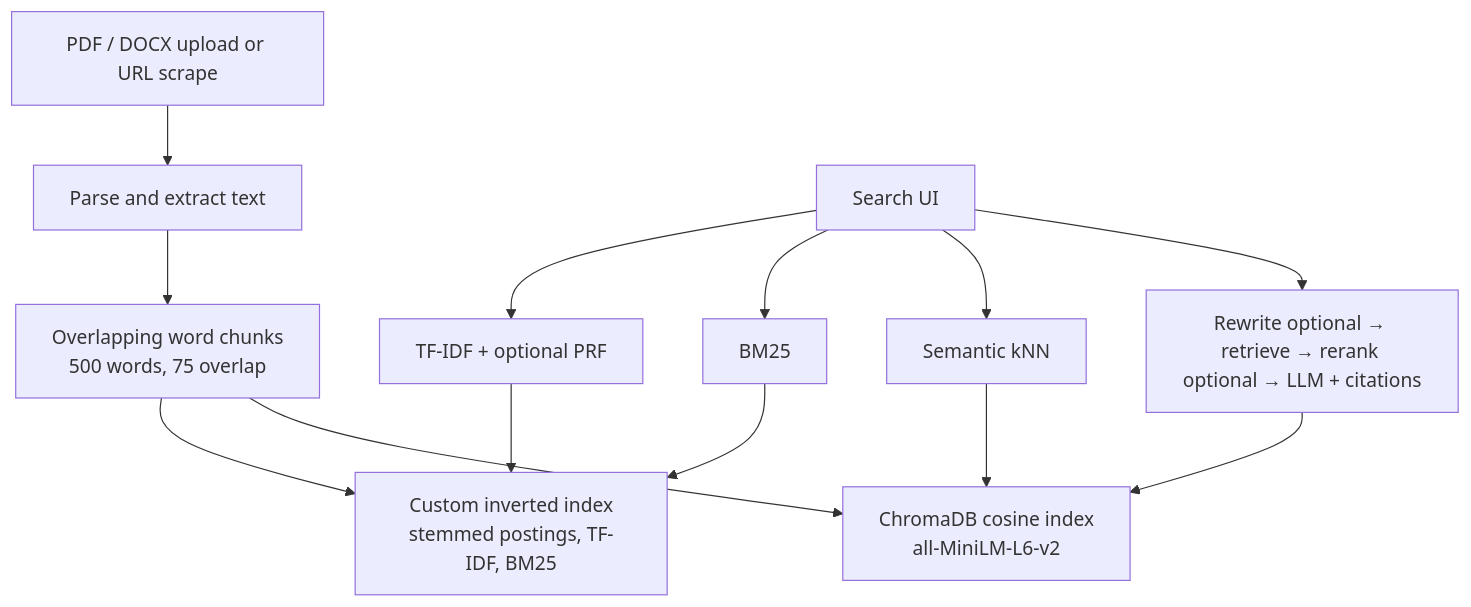
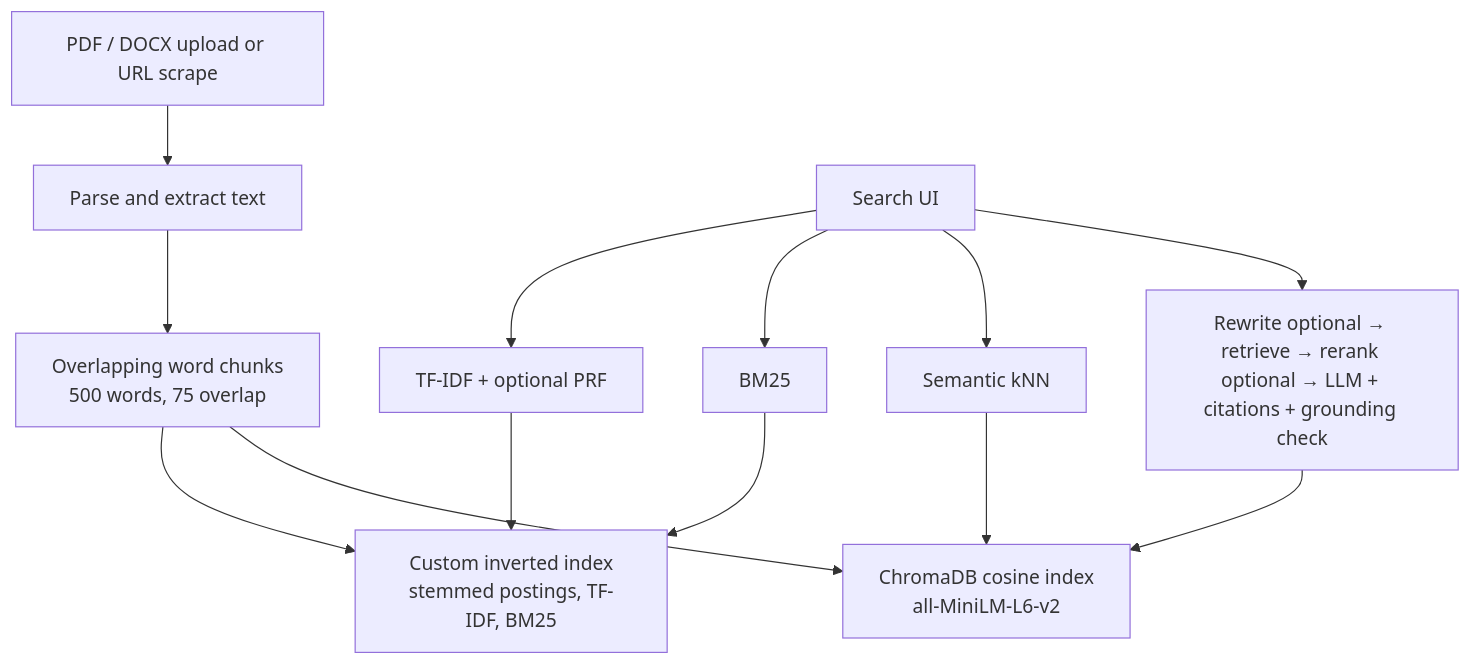
Before and after one commit to Hmd200/mir-search-rag: the diagram in README.md, drawn with Mermaid. The commit also changed other lines of this file and 21 other files, not shown here.

````diff
--- a/README.md
+++ b/README.md
@@ -24,21 +24,21 @@
 ```mermaid
 flowchart TD
   src["PDF / DOCX upload or URL scrape"]
   parse["Parse and extract text"]
   chunk["Overlapping word chunks<br/>500 words, 75 overlap"]
   lex["Custom inverted index<br/>stemmed postings, TF-IDF, BM25"]
   vec["ChromaDB cosine index<br/>all-MiniLM-L6-v2"]
   ui["Search UI"]
   vsm["TF-IDF + optional PRF"]
   bm25["BM25"]
   sem["Semantic kNN"]
-  rag["Rewrite optional → retrieve → rerank optional → LLM + citations"]
+  rag["Rewrite optional → retrieve → rerank optional → LLM + citations + grounding check"]
 
   src --> parse --> chunk
   chunk --> lex
   chunk --> vec
   ui --> vsm --> lex
   ui --> bm25 --> lex
   ui --> sem --> vec
   ui --> rag --> vec
 ```
````
